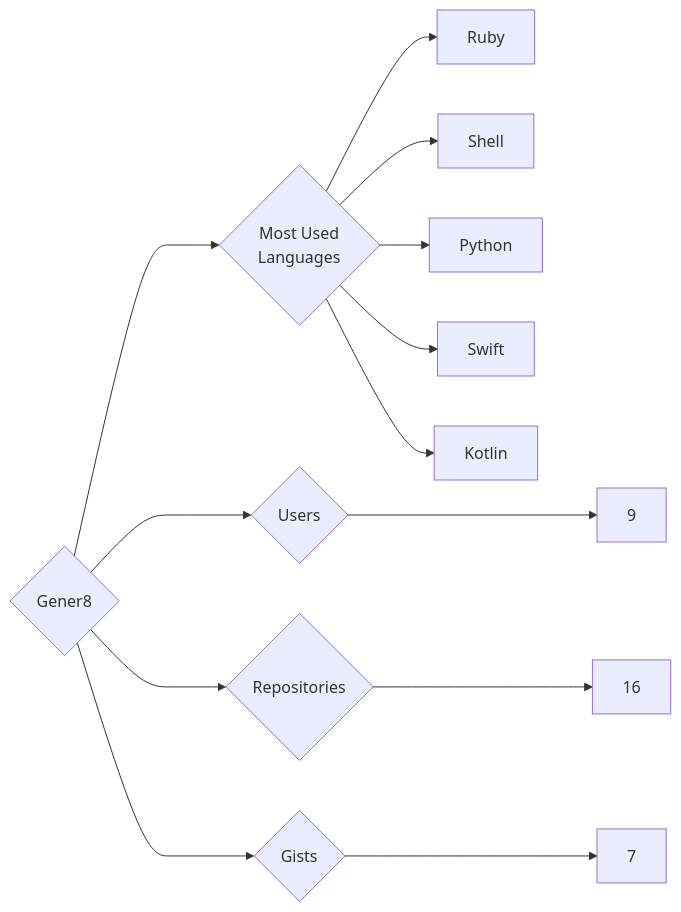
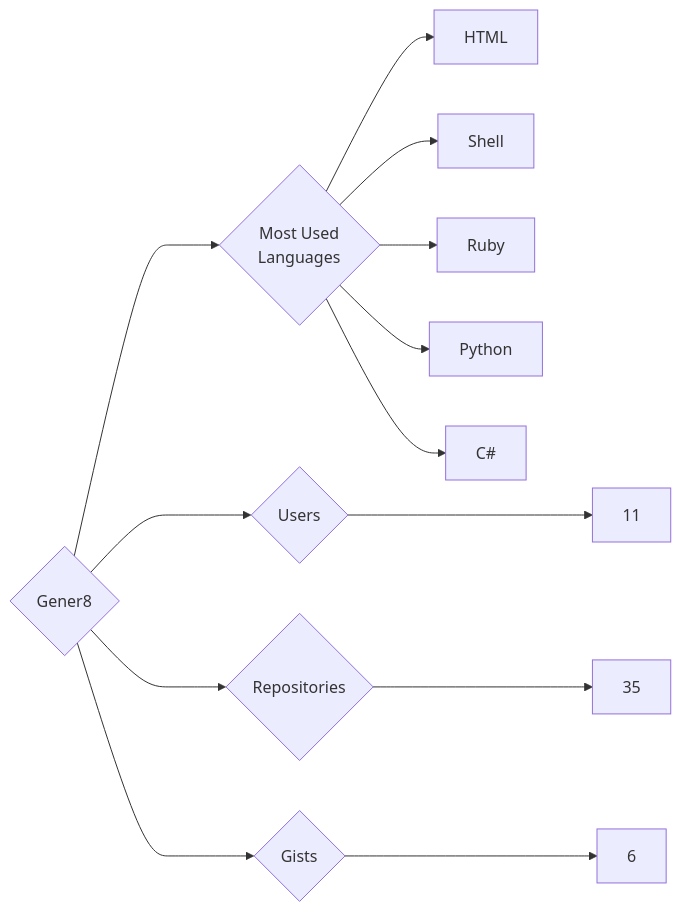
The diagram in targets/Gener8/README.md (trickest/insiders), drawn with Mermaid before and after one commit. The commit also changed 633 other files, not shown here.

````diff
--- a/targets/Gener8/README.md
+++ b/targets/Gener8/README.md
@@ -3,13 +3,13 @@
 ```mermaid
 graph LR
 COMPANY_NAME{Gener8}
-COMPANY_NAME ---> U{Users} ---> UN[9]
-COMPANY_NAME ---> R{Repositories} ---> RN[16]
-COMPANY_NAME ---> G{Gists} ---> GN[7]
+COMPANY_NAME ---> U{Users} ---> UN[11]
+COMPANY_NAME ---> R{Repositories} ---> RN[35]
+COMPANY_NAME ---> G{Gists} ---> GN[6]
 COMPANY_NAME ---> ML{Most Used<br>Languages}
+ML --> HTML[HTML]
+ML --> Shell[Shell]
 ML --> Ruby[Ruby]
-ML --> Shell[Shell]
 ML --> Python[Python]
-ML --> Swift[Swift]
-ML --> Kotlin[Kotlin]
+ML --> C#[C#]
 ```
````
